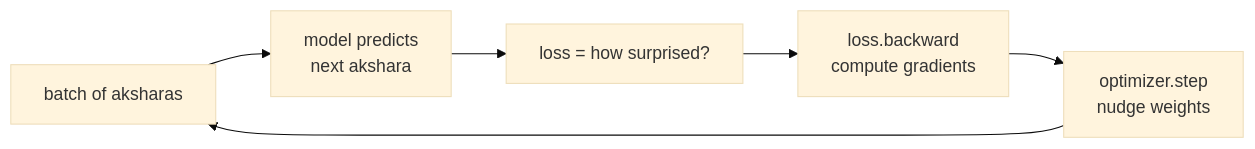
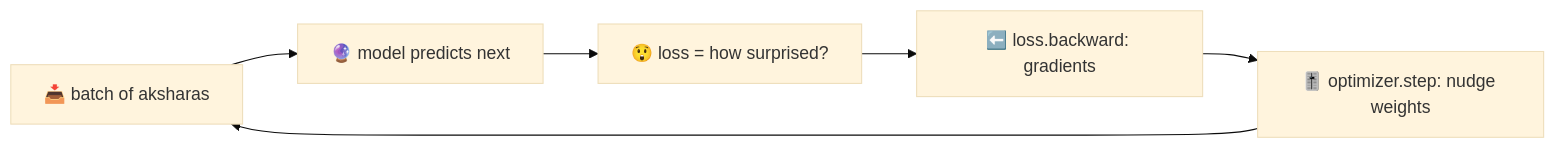
One commit to AmitXShukla/LLM changed the diagram in book/09-training-run.md. Above: the diagram before and after it, drawn with Mermaid (base theme). The commit also changed other lines of this file and 15 other files, not shown here.

````diff
--- a/book/09-training-run.md
+++ b/book/09-training-run.md
@@ -159,8 +159,8 @@
 ```{mermaid}
 flowchart LR
-    A[batch of aksharas] --> B[model predicts<br/>next akshara]
-    B --> C[loss = how surprised?]
-    C --> D[loss.backward<br/>compute gradients]
-    D --> E[optimizer.step<br/>nudge weights]
+    A[📥 batch of aksharas] --> B[🔮 model predicts next]
+    B --> C[😲 loss = how surprised?]
+    C --> D[⬅️ loss.backward: gradients]
+    D --> E[🎚️ optimizer.step: nudge weights]
     E --> A
 ```
````
